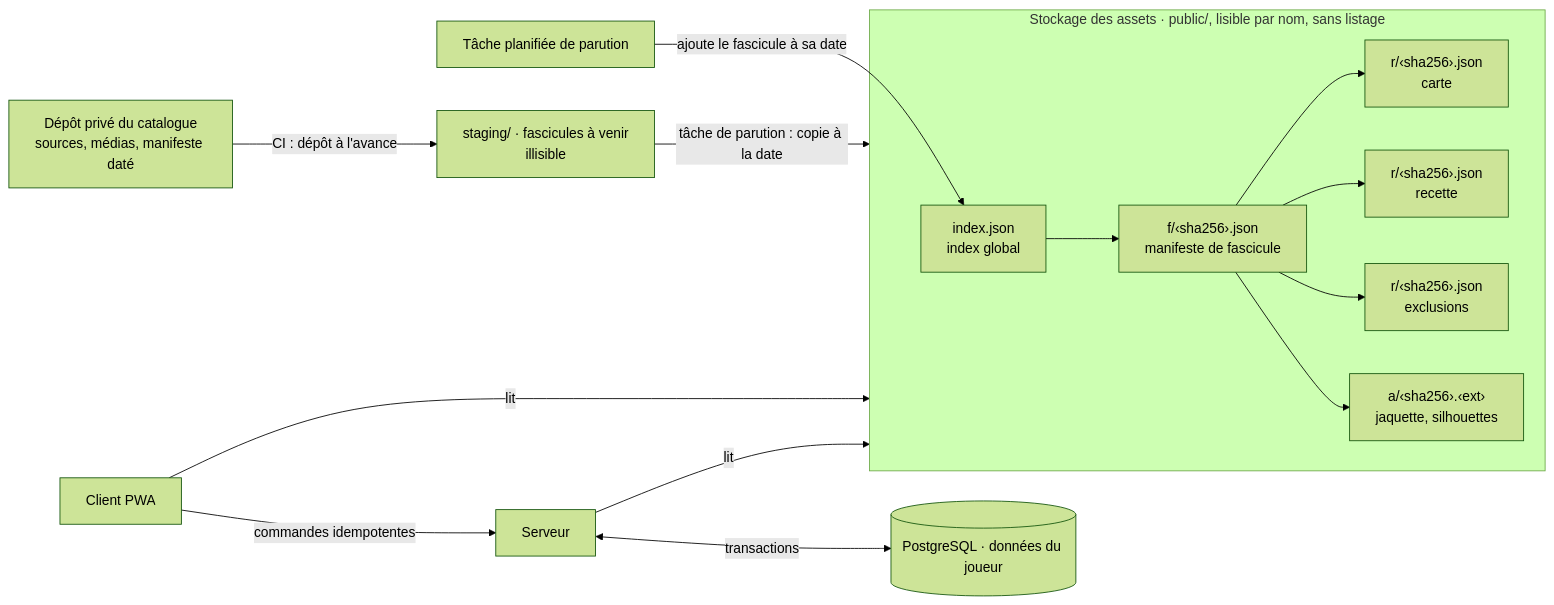
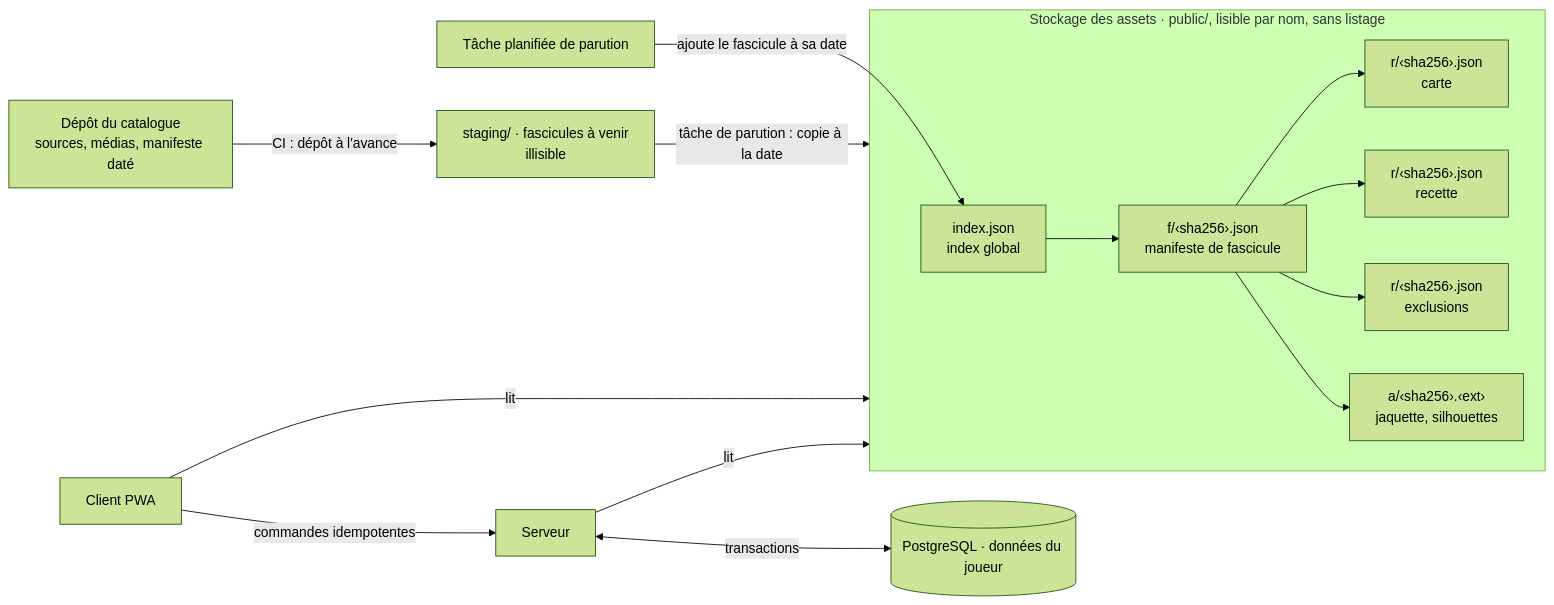
One commit to EtymoLogique/Design changed the seventh of 8 diagrams in docs/modele-donnees.md. Above: the diagram before and after it, drawn with Mermaid (forest theme). The commit also changed other lines of this file and 10 other files, not shown here.

````diff
--- a/docs/modele-donnees.md
+++ b/docs/modele-donnees.md
@@ -397,18 +397,18 @@
 ```mermaid
 flowchart LR
-    DEPOT["Dépôt privé du catalogue<br/>sources, médias, manifeste daté"]
+    DEPOT["Dépôt du catalogue<br/>sources, médias, manifeste daté"]
     subgraph ASSETS["Stockage des assets · public/, lisible par nom, sans listage"]
         INDEX["index.json<br/>index global"] --> MF["f/‹sha256›.json<br/>manifeste de fascicule"]
         MF --> CARTE["r/‹sha256›.json<br/>carte"]
         MF --> RECETTE["r/‹sha256›.json<br/>recette"]
         MF --> EXCL["r/‹sha256›.json<br/>exclusions"]
         MF --> ASSET["a/‹sha256›.‹ext›<br/>jaquette, silhouettes"]
     end
     DEPOT -->|CI : dépôt à l'avance| STAGING["staging/ · fascicules à venir<br/>illisible"]
     STAGING -->|tâche de parution : copie à la date| ASSETS
     BATCH["Tâche planifiée de parution"] -->|ajoute le fascicule à sa date| INDEX
     CLIENT["Client PWA"] -->|lit| ASSETS
     SERVEUR["Serveur"] -->|lit| ASSETS
     CLIENT -->|commandes idempotentes| SERVEUR
     SERVEUR <-->|transactions| JOUEUR[("PostgreSQL · données du joueur")]
 ```
````
